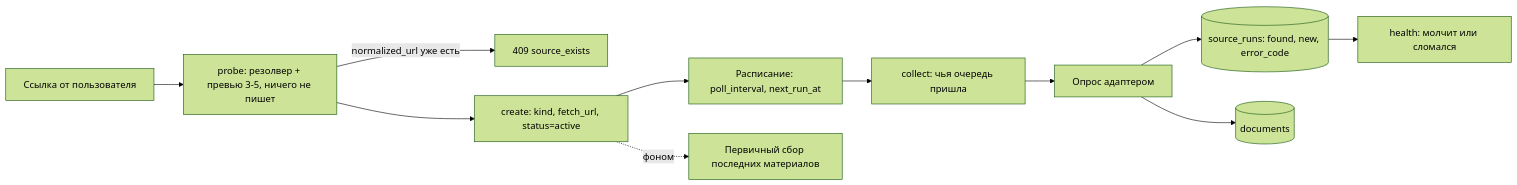
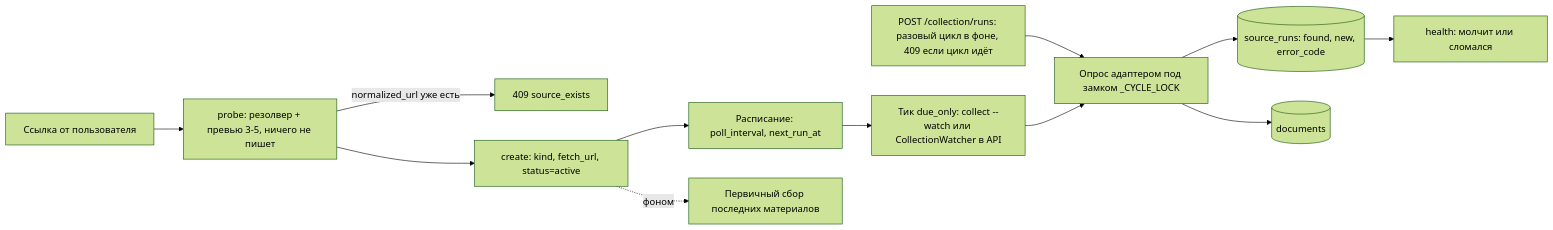
One commit to youngwow/ai-analytics-hub changed the second of 4 diagrams in docs/architecture.md. Above: the diagram before and after it, drawn with Mermaid (forest theme). The commit also changed other lines of this file and 52 other files, not shown here.

````diff
--- a/docs/architecture.md
+++ b/docs/architecture.md
@@ -74,13 +79,14 @@
 ```mermaid
 flowchart LR
     L[Ссылка от пользователя] --> PR[probe: резолвер + превью 3-5, ничего не пишет]
     PR -->|normalized_url уже есть| EX[409 source_exists]
     PR --> CR[create: kind, fetch_url, status=active]
     CR --> SCH[Расписание: poll_interval, next_run_at]
     CR -. фоном .-> BF[Первичный сбор последних материалов]
-    SCH --> TICK[collect: чья очередь пришла]
-    TICK --> POLL[Опрос адаптером]
+    SCH --> TICK[Тик due_only: collect --watch или CollectionWatcher в API]
+    ONE[POST /collection/runs: разовый цикл в фоне, 409 если цикл идёт] --> POLL
+    TICK --> POLL[Опрос адаптером под замком _CYCLE_LOCK]
     POLL --> RUNS[(source_runs: found, new, error_code)]
     POLL --> DOCS[(documents)]
     RUNS --> HE[health: молчит или сломался]
 ```
````
